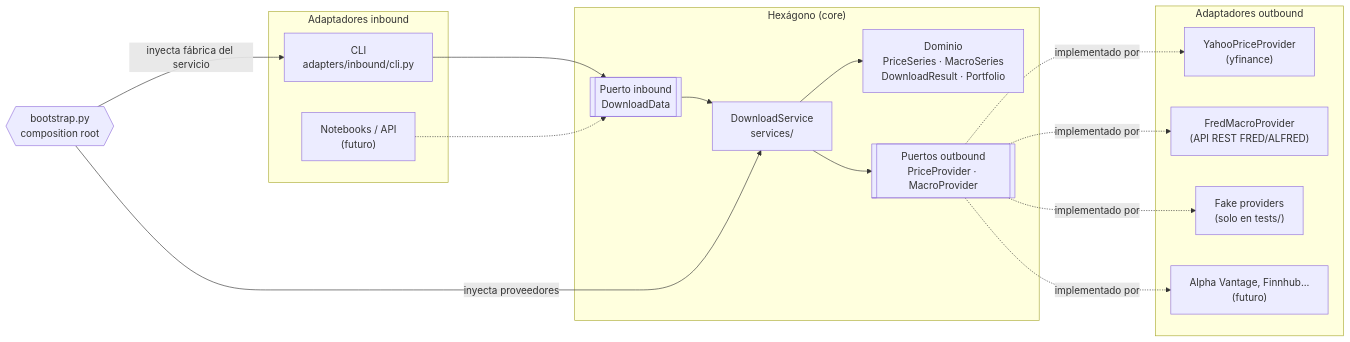
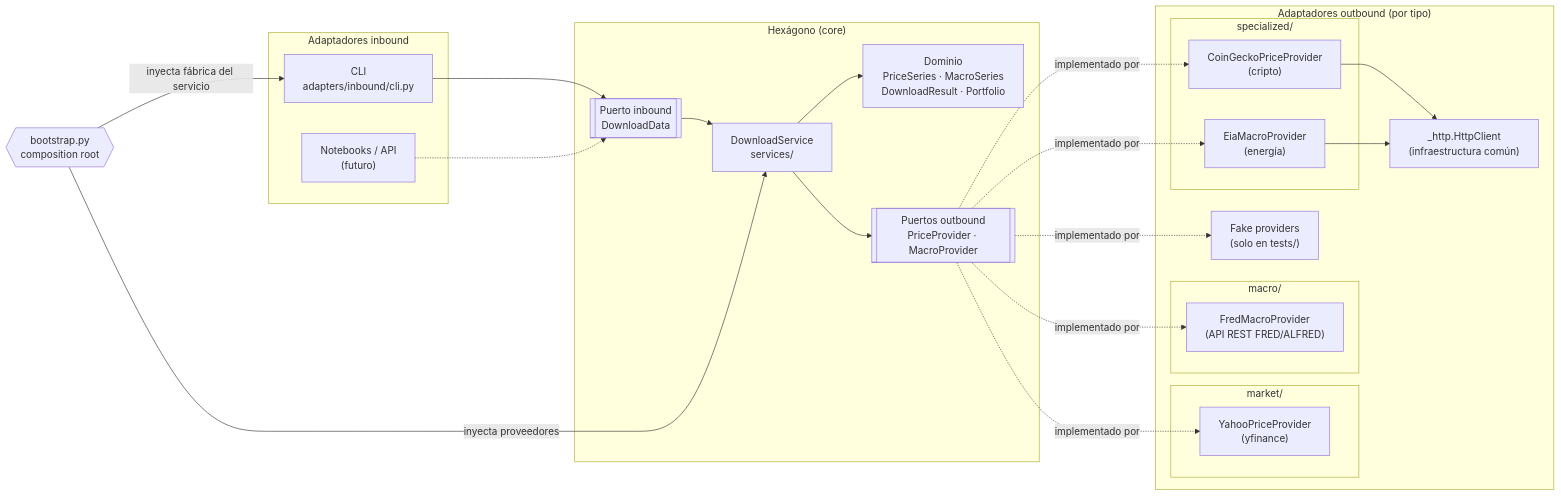
Before and after one commit to art3mvp/quant-finance-toolkit: the diagram in docs/architecture.md, drawn with Mermaid. The commit also changed other lines of this file and 5 other files, not shown here.

First line of the commit message:
feat(bootstrap): register CoinGecko and EIA and document specialized sources

````diff
--- a/docs/architecture.md
+++ b/docs/architecture.md
@@ -9,35 +9,46 @@
 ```mermaid
 flowchart LR
     subgraph IN["Adaptadores inbound"]
         CLI["CLI<br/>adapters/inbound/cli.py"]
         NB["Notebooks / API<br/>(futuro)"]
     end
 
     subgraph HEX["Hexágono (core)"]
         PIN[["Puerto inbound<br/>DownloadData"]]
         SVC["DownloadService<br/>services/"]
         DOM["Dominio<br/>PriceSeries · MacroSeries<br/>DownloadResult · Portfolio"]
         POUT[["Puertos outbound<br/>PriceProvider · MacroProvider"]]
         PIN --> SVC
         SVC --> DOM
         SVC --> POUT
     end
 
-    subgraph OUT["Adaptadores outbound"]
-        YF["YahooPriceProvider<br/>(yfinance)"]
-        FRED["FredMacroProvider<br/>(API REST FRED/ALFRED)"]
+    subgraph OUT["Adaptadores outbound (por tipo)"]
+        subgraph MKT["market/"]
+            YF["YahooPriceProvider<br/>(yfinance)"]
+        end
+        subgraph MAC["macro/"]
+            FRED["FredMacroProvider<br/>(API REST FRED/ALFRED)"]
+        end
+        subgraph SPE["specialized/"]
+            CG["CoinGeckoPriceProvider<br/>(cripto)"]
+            EIA["EiaMacroProvider<br/>(energía)"]
+        end
+        HTTP["_http.HttpClient<br/>(infraestructura común)"]
         FAKE["Fake providers<br/>(solo en tests/)"]
-        NEW["Alpha Vantage, Finnhub...<br/>(futuro)"]
     end
 
     CLI --> PIN
     NB -.-> PIN
     POUT -. implementado por .-> YF
     POUT -. implementado por .-> FRED
+    POUT -. implementado por .-> CG
+    POUT -. implementado por .-> EIA
     POUT -. implementado por .-> FAKE
-    POUT -. implementado por .-> NEW
+    CG --> HTTP
+    EIA --> HTTP
 
     BOOT{{"bootstrap.py<br/>composition root"}}
     BOOT -- inyecta proveedores --> SVC
     BOOT -- inyecta fábrica del servicio --> CLI
 ```
````
